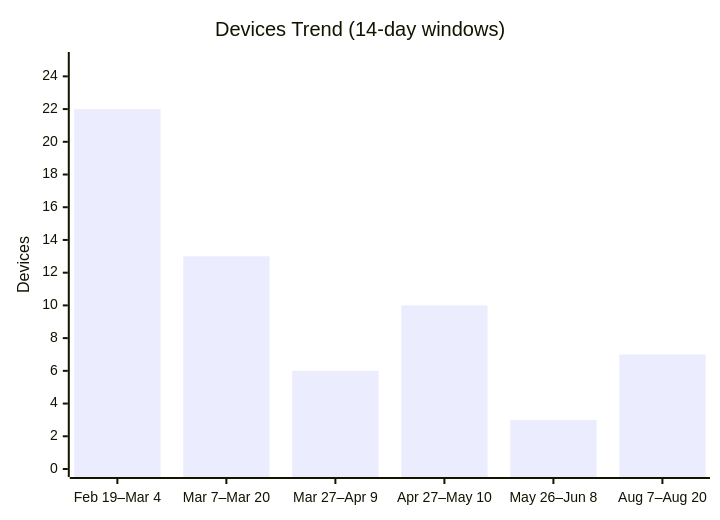
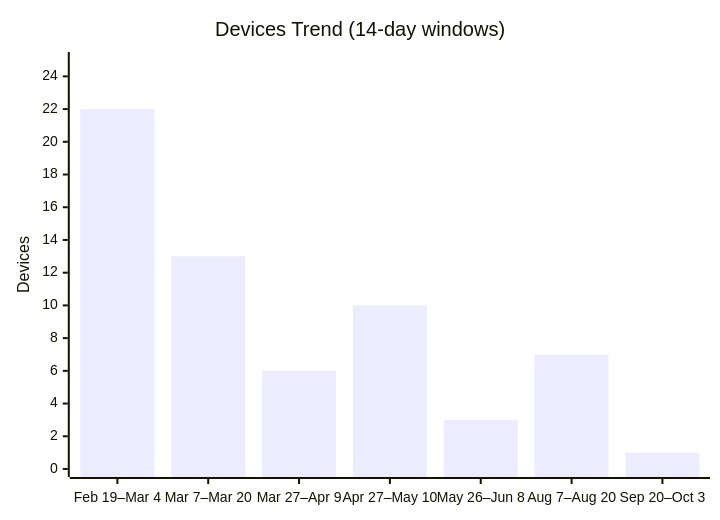
Before and after one commit to thrustCoder/gamer-uncle: the first of 3 diagrams in docs/telemetry/usage_analytics.md, drawn with Mermaid. The commit also changed other lines of this file, not shown here.

Commit message:
Update usage analytics with Sep 20 - Oct 3 snapshot

````diff
--- a/docs/telemetry/usage_analytics.md
+++ b/docs/telemetry/usage_analytics.md
@@ -25,7 +26,7 @@
 ```mermaid
 xychart-beta
     title "Devices Trend (14-day windows)"
-    x-axis ["Feb 19–Mar 4", "Mar 7–Mar 20", "Mar 27–Apr 9", "Apr 27–May 10", "May 26–Jun 8", "Aug 7–Aug 20"]
+    x-axis ["Feb 19–Mar 4", "Mar 7–Mar 20", "Mar 27–Apr 9", "Apr 27–May 10", "May 26–Jun 8", "Aug 7–Aug 20", "Sep 20–Oct 3"]
     y-axis "Devices" 0 --> 25
-    bar [22, 13, 6, 10, 3, 7]
+    bar [22, 13, 6, 10, 3, 7, 1]
 ```
````
